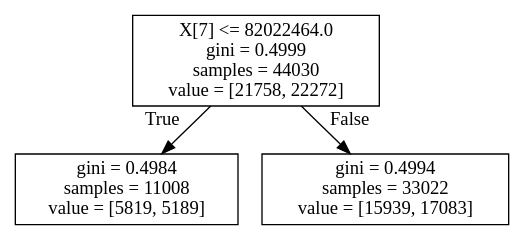
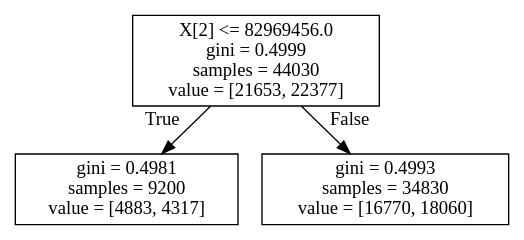
The diagram in ClassificationTrees/singleClassifTreeWithDepth1.dot (maupardh/Numerai), drawn with Graphviz before and after one commit. The commit also changed 31 other files, not shown here.

```diff
--- a/ClassificationTrees/singleClassifTreeWithDepth1.dot
+++ b/ClassificationTrees/singleClassifTreeWithDepth1.dot
@@ -1,8 +1,8 @@
 digraph Tree {
 node [shape=box] ;
-0 [label="X[7] <= 82022464.0\ngini = 0.4999\nsamples = 44030\nvalue = [21758, 22272]"] ;
-1 [label="gini = 0.4984\nsamples = 11008\nvalue = [5819, 5189]"] ;
+0 [label="X[2] <= 82969456.0\ngini = 0.4999\nsamples = 44030\nvalue = [21653, 22377]"] ;
+1 [label="gini = 0.4981\nsamples = 9200\nvalue = [4883, 4317]"] ;
 0 -> 1 [labeldistance=2.5, labelangle=45, headlabel="True"] ;
-2 [label="gini = 0.4994\nsamples = 33022\nvalue = [15939, 17083]"] ;
+2 [label="gini = 0.4993\nsamples = 34830\nvalue = [16770, 18060]"] ;
 0 -> 2 [labeldistance=2.5, labelangle=-45, headlabel="False"] ;
 }
```
